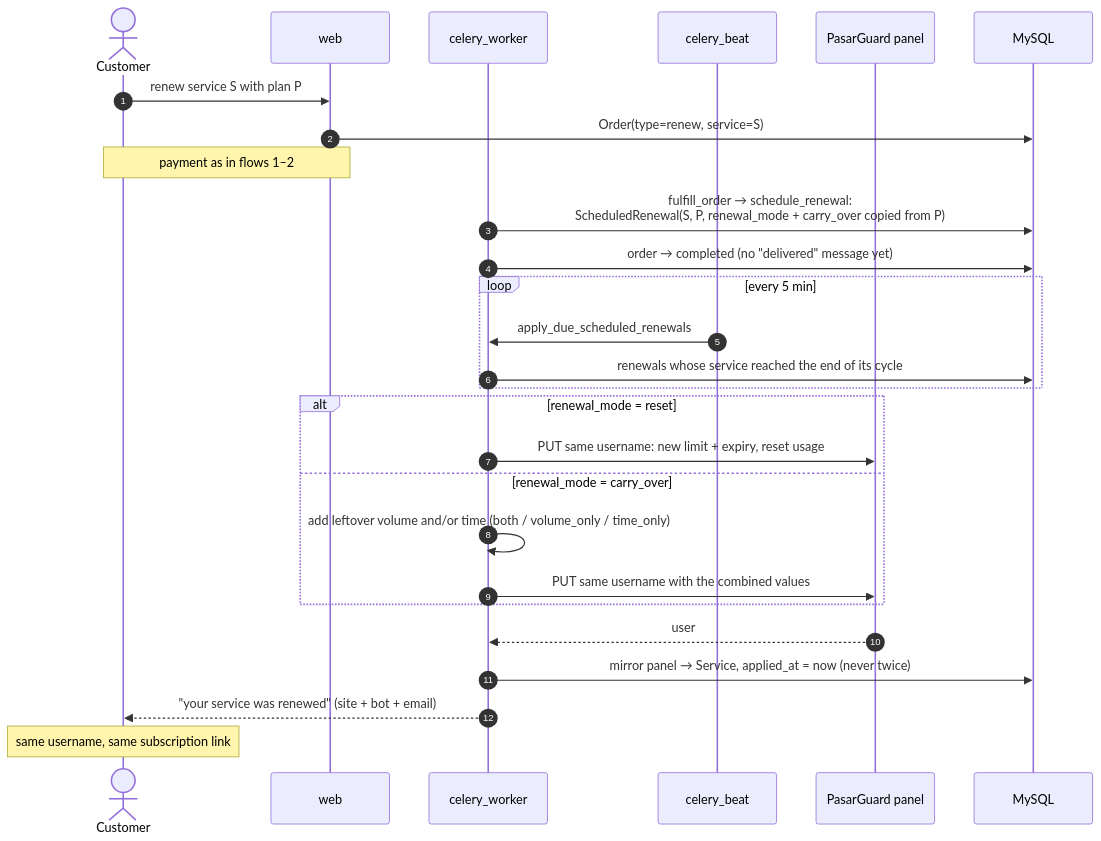
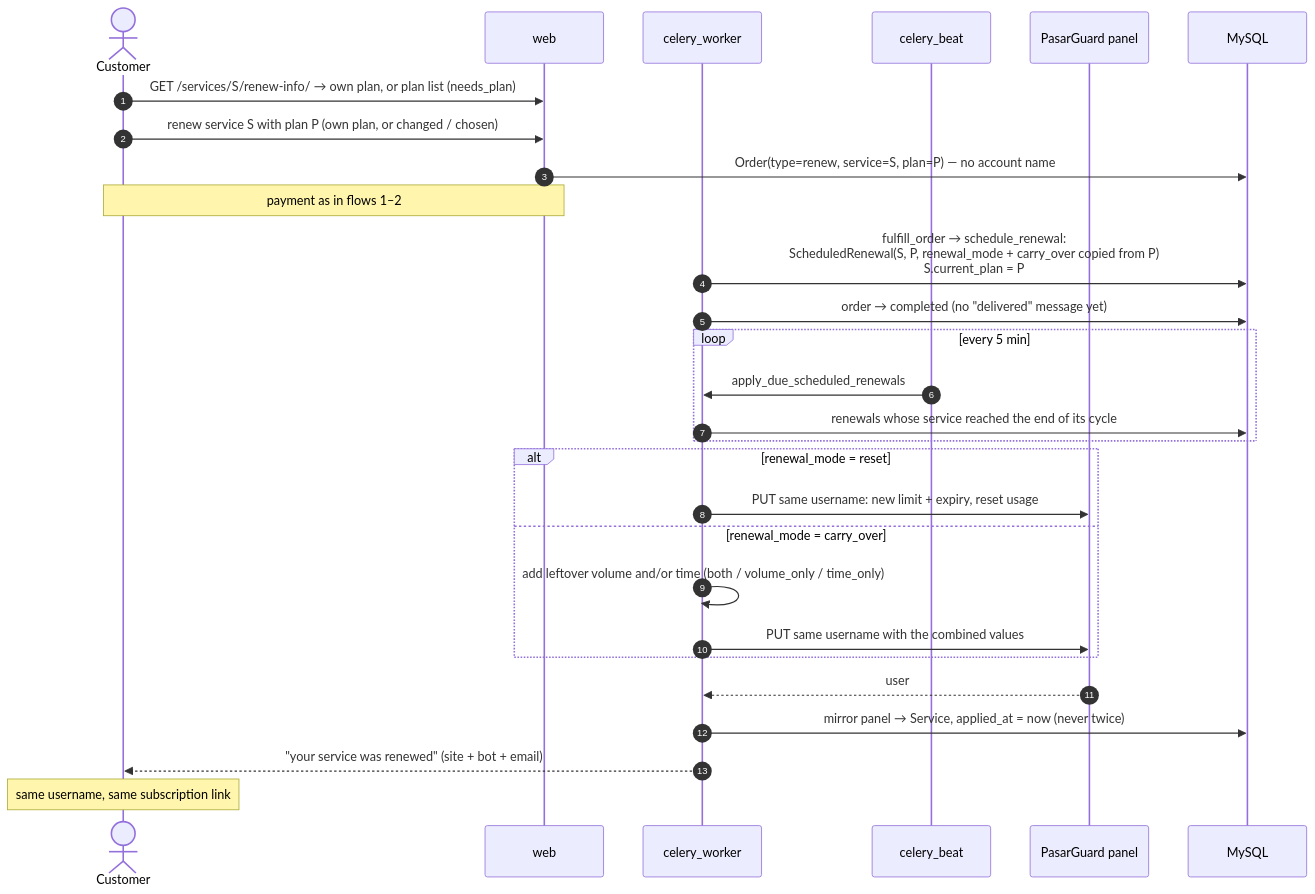
Before and after one commit to santiyagoburcart/caspintunel: the third of 21 diagrams in docs/flows.md, drawn with Mermaid. The commit also changed other lines of this file and 19 other files, not shown here.

````diff
--- a/docs/flows.md
+++ b/docs/flows.md
@@ -103,30 +115,31 @@
 ```mermaid
 sequenceDiagram
     autonumber
     actor C as Customer
     participant API as web
     participant W as celery_worker
     participant B as celery_beat
     participant PG as PasarGuard panel
     participant DB as MySQL
 
-    C->>API: renew service S with plan P
-    API->>DB: Order(type=renew, service=S)
+    C->>API: GET /services/S/renew-info/ → own plan, or plan list (needs_plan)
+    C->>API: renew service S with plan P (own plan, or changed / chosen)
+    API->>DB: Order(type=renew, service=S, plan=P) — no account name
     Note over C,API: payment as in flows 1–2
-    W->>DB: fulfill_order → schedule_renewal:<br/>ScheduledRenewal(S, P, renewal_mode + carry_over copied from P)
+    W->>DB: fulfill_order → schedule_renewal:<br/>ScheduledRenewal(S, P, renewal_mode + carry_over copied from P)<br/>S.current_plan = P
     W->>DB: order → completed (no "delivered" message yet)
     loop every 5 min
         B->>W: apply_due_scheduled_renewals
         W->>DB: renewals whose service reached the end of its cycle
     end
     alt renewal_mode = reset
         W->>PG: PUT same username: new limit + expiry, reset usage
     else renewal_mode = carry_over
         W->>W: add leftover volume and/or time (both / volume_only / time_only)
         W->>PG: PUT same username with the combined values
     end
     PG-->>W: user
     W->>DB: mirror panel → Service, applied_at = now (never twice)
     W-->>C: "your service was renewed" (site + bot + email)
     Note over C: same username, same subscription link
 ```
````
